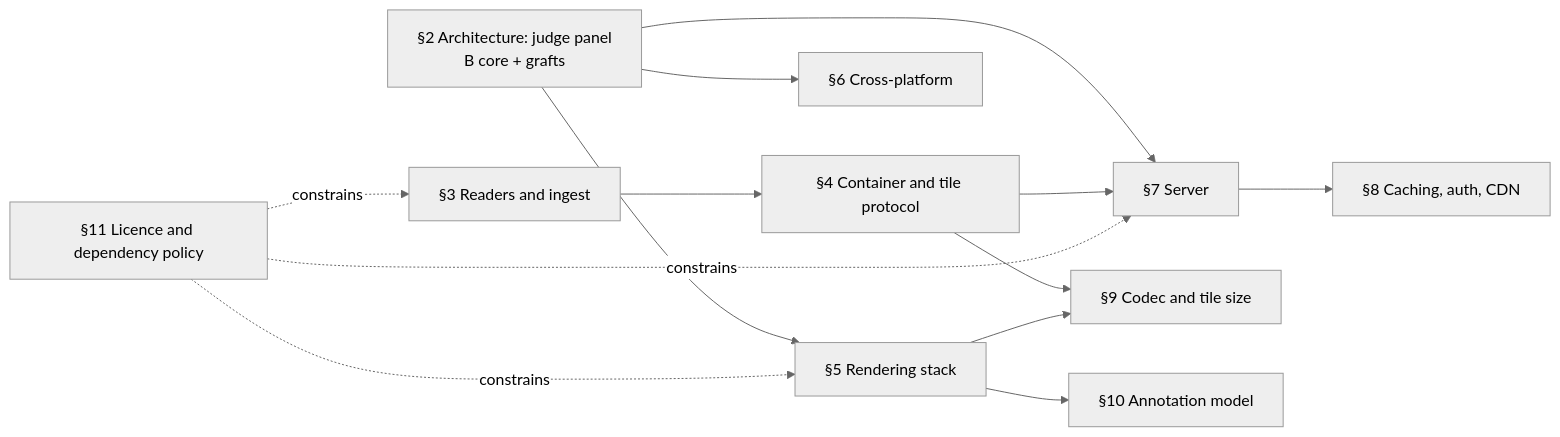
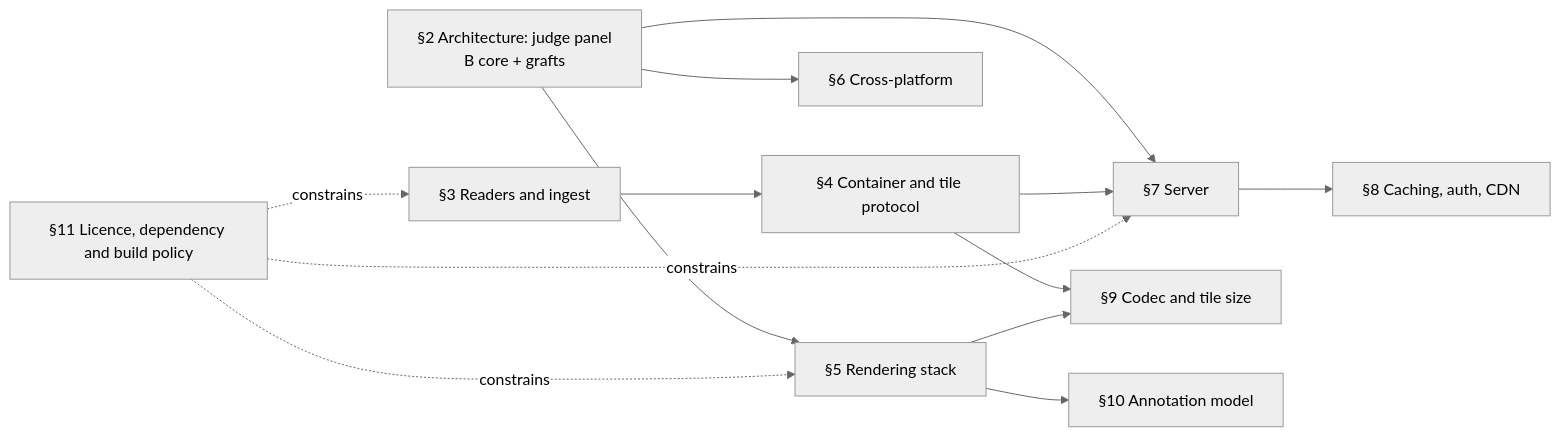
The first of 2 diagrams in wsi-viewer/docs/plan/03-tradespace-analysis.md (RPBatman/Stoipath), drawn with Mermaid (neutral theme) before and after one commit. The commit also changed other lines of this file and 5 other files, not shown here.

````diff
--- a/wsi-viewer/docs/plan/03-tradespace-analysis.md
+++ b/wsi-viewer/docs/plan/03-tradespace-analysis.md
@@ -15,15 +19,15 @@
 ```mermaid
 flowchart LR
   JP["§2 Architecture: judge panel\nB core + grafts"] --> R["§5 Rendering stack"]
   JP --> X["§6 Cross-platform"]
   JP --> S["§7 Server"]
   I["§3 Readers and ingest"] --> C["§4 Container and tile protocol"]
   C --> K["§9 Codec and tile size"]
   C --> S
   S --> H["§8 Caching, auth, CDN"]
   R --> K
   R --> A["§10 Annotation model"]
-  L["§11 Licence and dependency policy"] -.constrains.-> I
+  L["§11 Licence, dependency and build policy"] -.constrains.-> I
   L -.constrains.-> R
   L -.constrains.-> S
 ```
````
